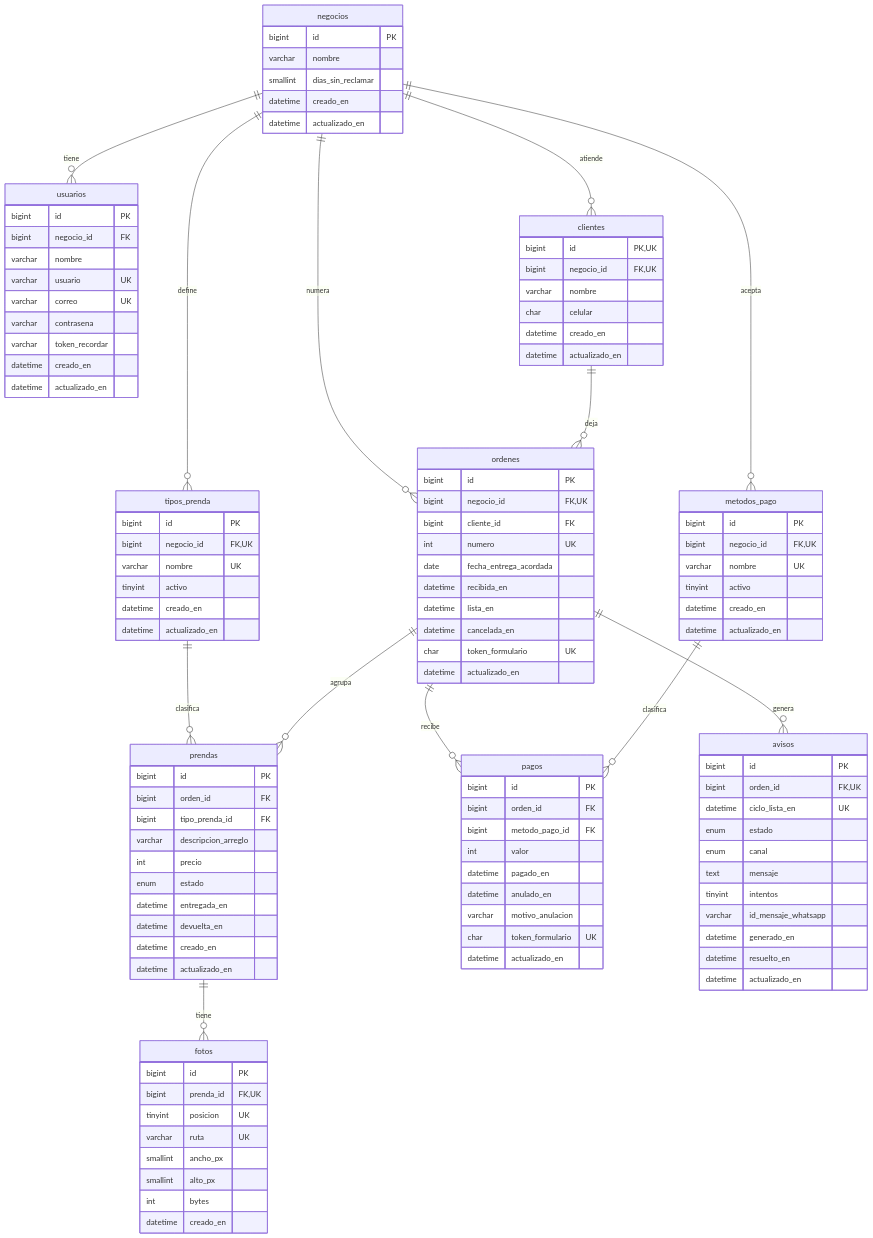
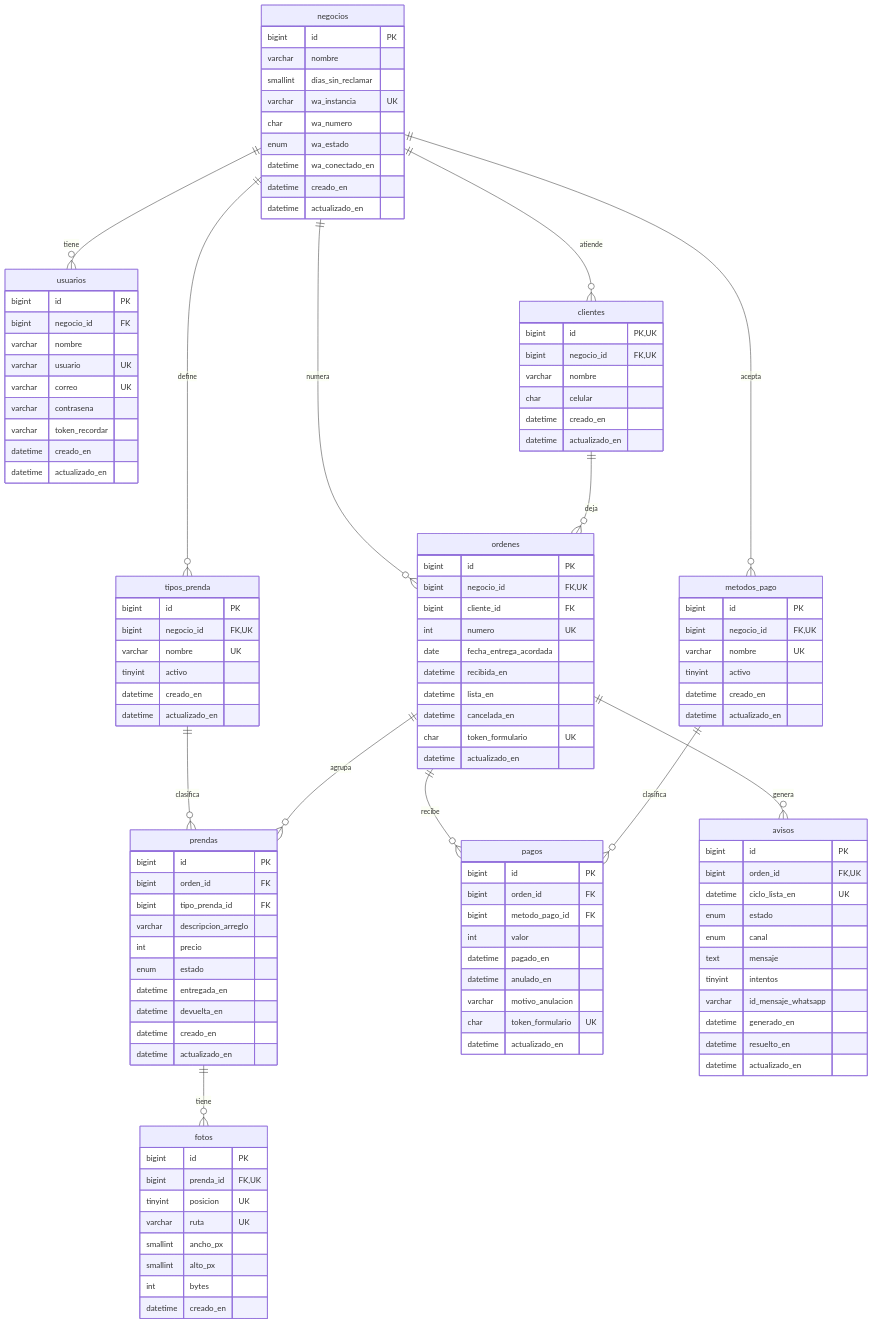
One commit to Aryannext/puntada changed the diagram in docs/03-diseno/modelo-de-datos/README.md. Above: the diagram before and after it, drawn with Mermaid. The commit also changed other lines of this file and 57 other files, not shown here.

```diff
--- a/docs/03-diseno/modelo-de-datos/README.md
+++ b/docs/03-diseno/modelo-de-datos/README.md
@@ -65,6 +65,10 @@
         bigint id PK
         varchar nombre
         smallint dias_sin_reclamar
+        varchar wa_instancia UK
+        char wa_numero
+        enum wa_estado
+        datetime wa_conectado_en
         datetime creado_en
         datetime actualizado_en
     }
```
